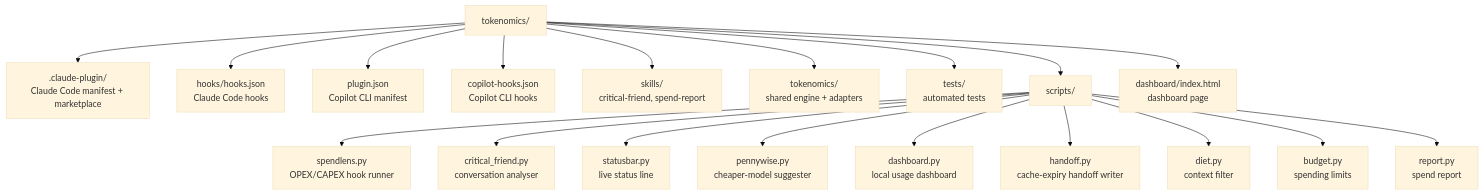
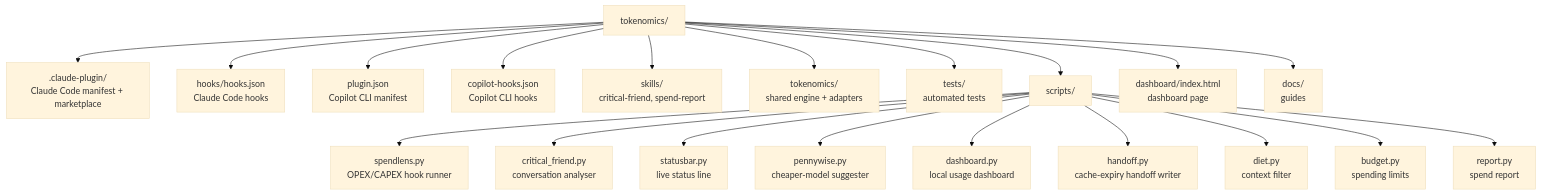
Before and after one commit to andrew44/tokenomics: the ninth of 9 diagrams in README.md, drawn with Mermaid (base theme). The commit also changed other lines of this file and 1 other file, not shown here.

````diff
--- a/README.md
+++ b/README.md
@@ -556,21 +564,22 @@
 ```mermaid
 flowchart TD
     R["tokenomics/"] --> CP[".claude-plugin/<br/>Claude Code manifest + marketplace"]
     R --> H["hooks/hooks.json<br/>Claude Code hooks"]
     R --> PJ["plugin.json<br/>Copilot CLI manifest"]
     R --> CH["copilot-hooks.json<br/>Copilot CLI hooks"]
     R --> SK["skills/<br/>critical-friend, spend-report"]
     R --> EN["tokenomics/<br/>shared engine + adapters"]
     R --> TS["tests/<br/>automated tests"]
     R --> SC["scripts/"]
     SC --> S1["spendlens.py<br/>OPEX/CAPEX hook runner"]
     SC --> S2["critical_friend.py<br/>conversation analyser"]
     SC --> S3["statusbar.py<br/>live status line"]
     SC --> S4["pennywise.py<br/>cheaper-model suggester"]
     SC --> S5["dashboard.py<br/>local usage dashboard"]
     SC --> S6["handoff.py<br/>cache-expiry handoff writer"]
     SC --> S7["diet.py<br/>context filter"]
     SC --> S8["budget.py<br/>spending limits"]
     SC --> S9["report.py<br/>spend report"]
     R --> D["dashboard/index.html<br/>dashboard page"]
+    R --> DO["docs/<br/>guides"]
 ```
````
